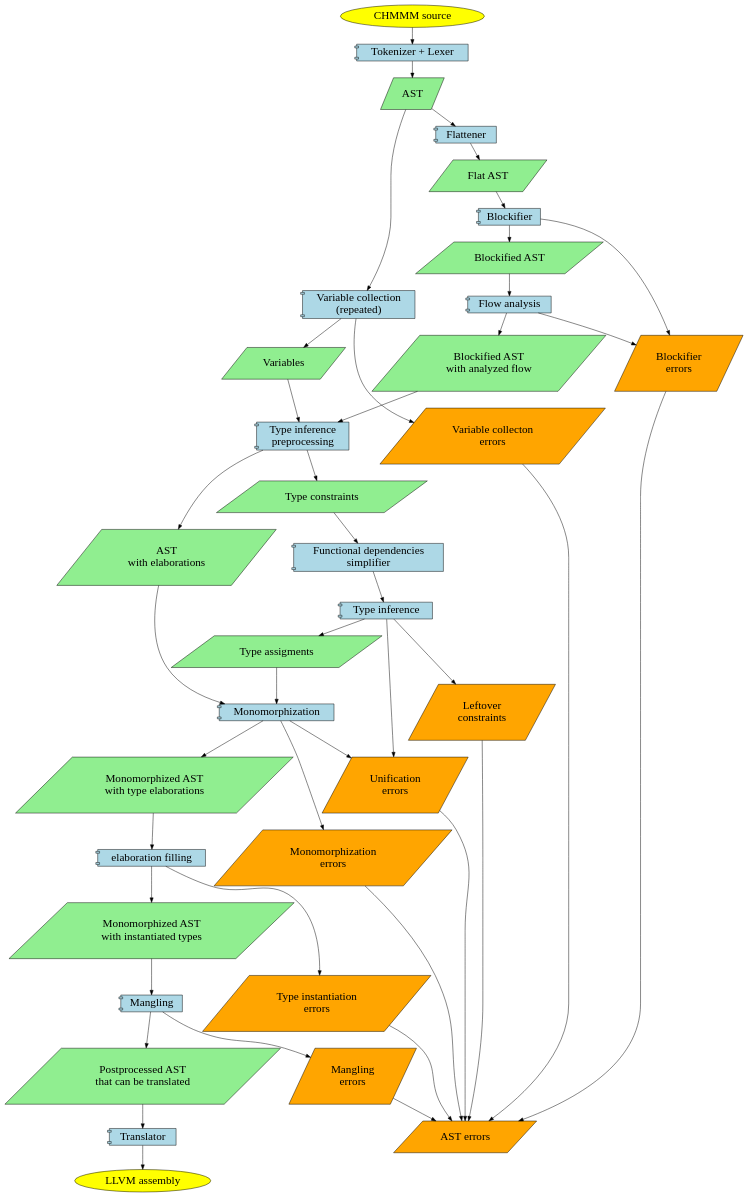
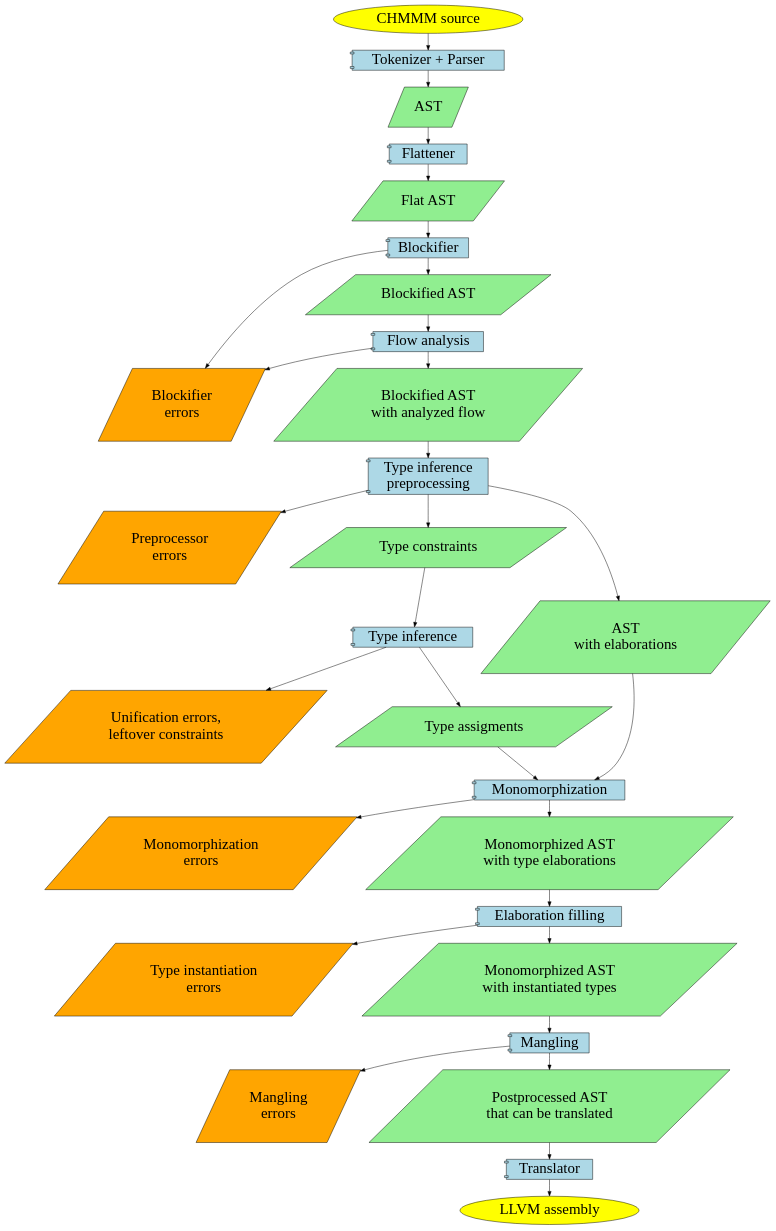
The diagram in dots/arch.dot (jiriklepl/masters-thesis-text), drawn with Graphviz before and after one commit. The commit also changed 1 other file, not shown here.

```diff
--- a/dots/arch.dot
+++ b/dots/arch.dot
@@ -1,84 +1,75 @@
 digraph {
-    node [style="filled", fontsize="24pt"]
+    node [style="filled", fontsize="32pt"]
 
     subgraph terminals {
         node [shape="ellipse", fillcolor="yellow"]
 
         Source [label="CHMMM source"]
         LLVM [label="LLVM assembly"]
     }
 
     subgraph data {
         node [shape="parallelogram"]
 
         subgraph orangeData {
-            node [fillcolor="orange"]
+            node [fillcolor="orange", group="g3"]
 
-            ASTErrors [label="AST errors"]
             FillingErrors [label="Type instantiation\nerrors"]
             ManglingErrors [label="Mangling\nerrors"]
-            UnifyErrors [label="Unification\nerrors"]
+            MonomorphizeErrors [label="Monomorphization\nerrors"]
             BlockifierErrors [label="Blockifier\nerrors"]
-            MonomorphizeErrors [label="Monomorphization\nerrors"]
-            VariablesErrors [label="Variable collecton\nerrors"]
-            LeftFacts [label="Leftover\nconstraints"]
+            PreprocessErrors [label="Preprocessor\nerrors"]
+            LeftFacts [label="Unification errors,\nleftover constraints"]
         }
         subgraph greenData {
-            node [fillcolor="lightgreen"]
+            node [fillcolor="lightgreen", group="g1"]
 
             AST
             Facts [label="Type constraints"]
-            Variables [label="Variables"]
             ASTTypeElabs [label="AST\nwith elaborations"]
             Judgments [label="Type assigments"]
             FlatAST [label="Flat AST"]
             BlockifiedAST [label="Blockified AST"]
             BlockifiedASTAnnots [label="Blockified AST\nwith analyzed flow"]
             MonoAST [label="Monomorphized AST\nwith type elaborations"]
             FilledMonoAST [label="Monomorphized AST\nwith instantiated types"]
             PostAST [label="Postprocessed AST\nthat can be translated"]
         }
 
     }
 
     subgraph components {
-        node [shape="component"]
+        node [shape="component", group="g1"]
 
         subgraph greenComponents {
             node [fillcolor="lightblue"]
 
-            FunDepSimpl [label="Functional dependencies\nsimplifier"]
-            Parser [label="Tokenizer + Lexer"]
+            Parser [label="Tokenizer + Parser"]
             Flattener
             Preprocess [label="Type inference\npreprocessing"]
-            VariableMining [label="Variable collection\n(repeated)"]
             Blockifier
             FlowAnalysis [label="Flow analysis"]
             Inference [label="Type inference"]
             Monomorphization
-            ElabFilling [label="elaboration filling"]
+            ElabFilling [label="Elaboration filling"]
             Mangling
             Translator
         }
     }
 
 
     Source -> Parser -> AST
     AST -> Flattener -> FlatAST
-    VariableMining -> VariablesErrors
-    AST -> VariableMining -> Variables -> Preprocess
-    Facts -> FunDepSimpl
+    Preprocess -> PreprocessErrors
+    Facts -> Inference -> Judgments -> Monomorphization -> MonoAST -> ElabFilling -> FilledMonoAST -> Mangling -> PostAST
     ASTTypeElabs -> Monomorphization
-    FunDepSimpl -> Inference -> Judgments -> Monomorphization -> MonoAST -> ElabFilling -> FilledMonoAST -> Mangling -> PostAST
     ElabFilling -> FillingErrors
     Mangling -> ManglingErrors
-    { Inference Monomorphization } -> UnifyErrors
+    Monomorphization -> MonomorphizeErrors
     FlatAST -> Blockifier -> {BlockifiedAST BlockifierErrors }
     BlockifiedAST -> FlowAnalysis -> BlockifiedASTAnnots
     FlowAnalysis -> BlockifierErrors
     BlockifiedASTAnnots -> Preprocess -> { Facts ASTTypeElabs }
-    Monomorphization -> MonomorphizeErrors
-    { FillingErrors ManglingErrors UnifyErrors BlockifierErrors MonomorphizeErrors VariablesErrors LeftFacts } -> ASTErrors
     Inference -> LeftFacts
     PostAST -> Translator -> LLVM
 }
```
